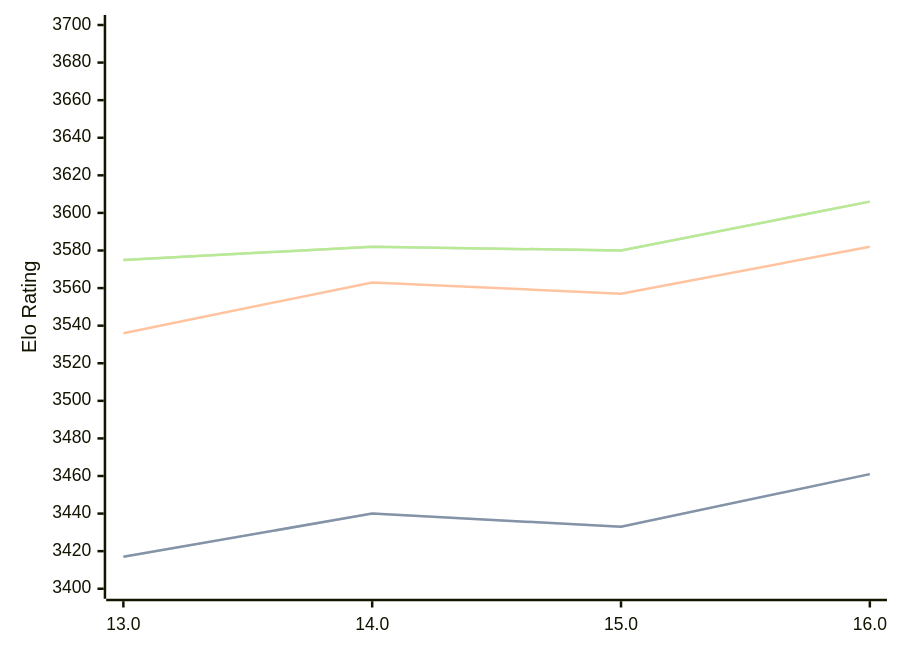
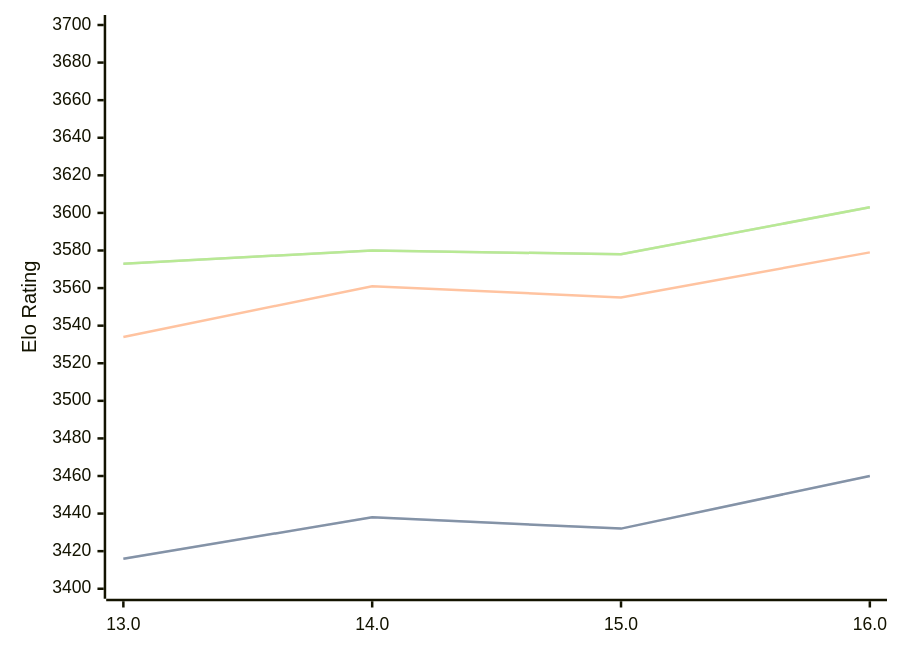
One commit to computer-chess-index/cci changed the diagram in engines/Obsidian.md. Above: the diagram before and after it, drawn with Mermaid. The commit also changed other lines of this file, not shown here.

Commit message:
Update CCI Ratings (ELO VLTC) - 2026-03-31

````diff
--- a/engines/Obsidian.md
+++ b/engines/Obsidian.md
@@ -43,11 +43,11 @@
 ```mermaid
 %%{init: {"theme":"base","themeVariables":{"seriesColors:['#a3a3a3','#222221','#faa371']}}}%%
 xychart-beta
   x-axis ["13.0", "14.0", "15.0", "16.0"]
   y-axis "Elo Rating" 3400 --> 3700
-  line "STC (8.0+0.08s)" [3417, 3440, 3433, 3461]
-  line "STC (8.0+0.08s)" [3417, 3440, 3433, 3461]
-  line "LTC (60.0+0.60s)" [3536, 3563, 3557, 3582]
-  line "VLTC (2m24s+1.12s)" [3575, 3582, 3580, 3606]
-  line "VLTC (2m24s+1.12s)" [3575, 3582, 3580, 3606]
+  line "STC (8.0+0.08s)" [3416, 3438, 3432, 3460]
+  line "STC (8.0+0.08s)" [3416, 3438, 3432, 3460]
+  line "LTC (60.0+0.60s)" [3534, 3561, 3555, 3579]
+  line "VLTC (2m24s+1.12s)" [3573, 3580, 3578, 3603]
+  line "VLTC (2m24s+1.12s)" [3573, 3580, 3578, 3603]
 ```
````
